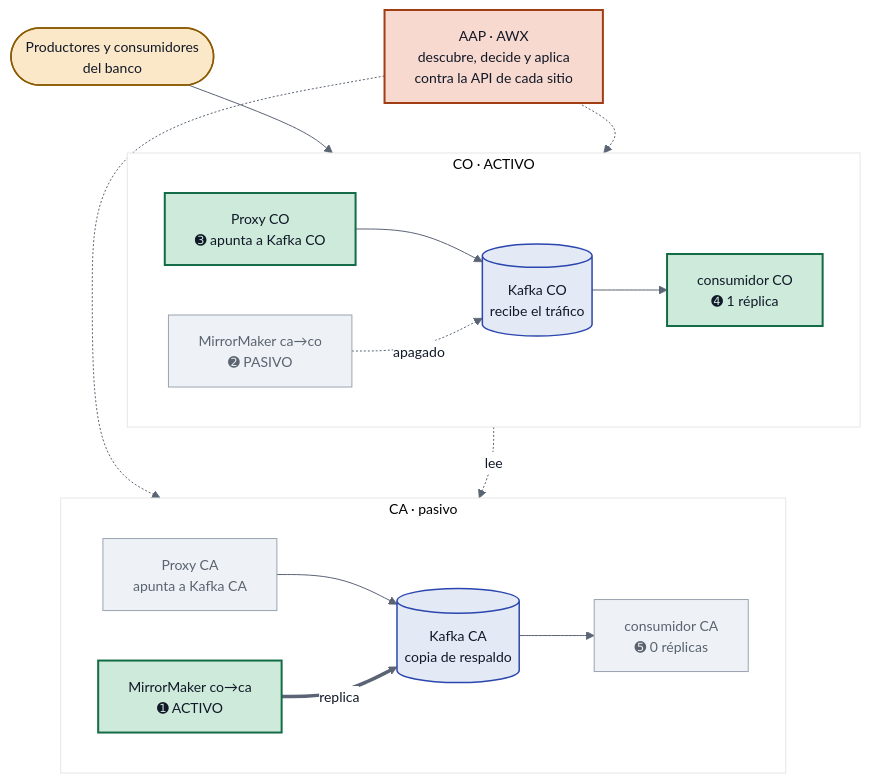
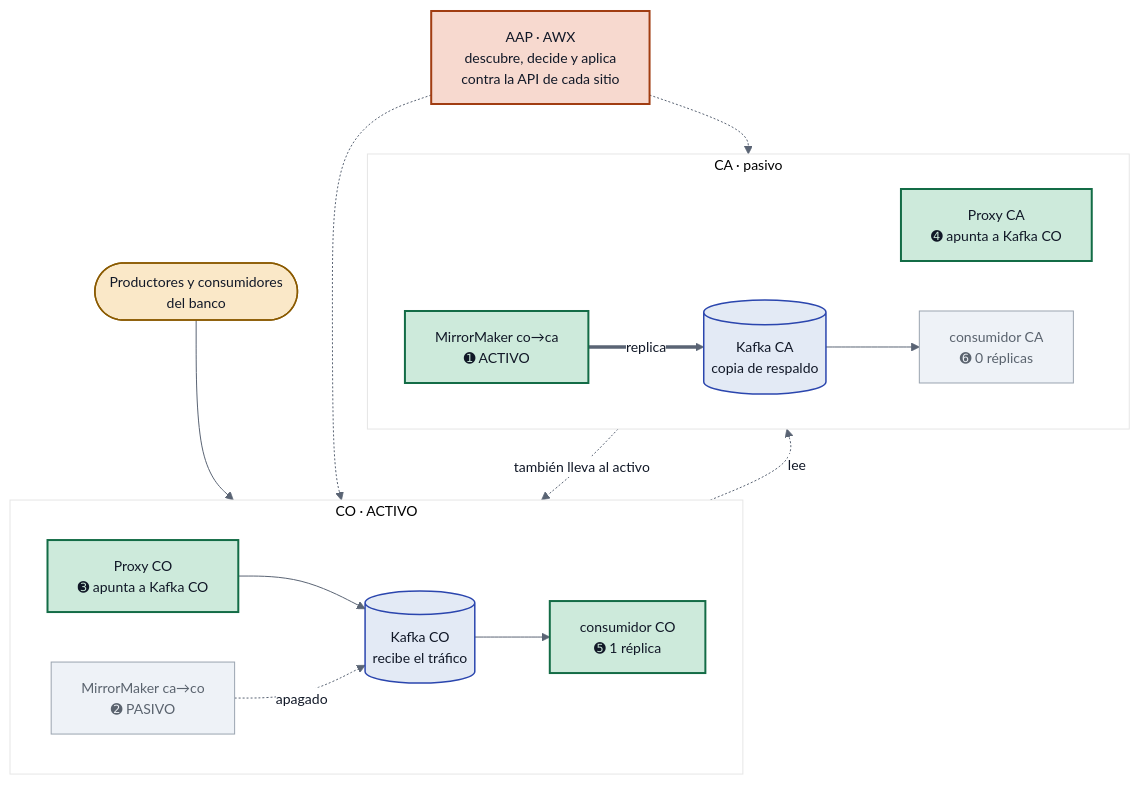
One commit to Crittan01/aap-kafka-automation changed the first of 3 diagrams in README.md. Above: the diagram before and after it, drawn with Mermaid. The commit also changed other lines of this file and 2 other files, not shown here.

````diff
--- a/README.md
+++ b/README.md
@@ -23,46 +27,46 @@
 ```mermaid
 %%{init: {'theme':'base','themeVariables':{'primaryColor':'#eef2f7','primaryTextColor':'#111827','primaryBorderColor':'#5a6474','lineColor':'#5a6474','secondaryColor':'#e3eaf5','tertiaryColor':'#ffffff','background':'#ffffff','mainBkg':'#eef2f7','textColor':'#111827','edgeLabelBackground':'#ffffff','labelBackground':'#ffffff','labelBoxBkgColor':'#ffffff','labelTextColor':'#111827','fontSize':'14px'}}}%%
 flowchart TB
     CLI([Productores y consumidores<br/>del banco])
 
     subgraph CO["CO · ACTIVO"]
         direction LR
         PCO["Proxy CO<br/>➌ apunta a Kafka CO"]
         KCO[("Kafka CO<br/>recibe el tráfico")]
-        ACO["consumidor CO<br/>➍ 1 réplica"]
+        ACO["consumidor CO<br/>➎ 1 réplica"]
         MMA["MirrorMaker ca→co<br/>➋ PASIVO"]
         PCO --> KCO
         KCO --> ACO
         MMA -. "apagado" .-> KCO
     end
 
     subgraph CA["CA · pasivo"]
         direction LR
-        PCA["Proxy CA<br/>apunta a Kafka CA"]
+        PCA["Proxy CA<br/>➍ apunta a Kafka CO"]
         KCA[("Kafka CA<br/>copia de respaldo")]
-        ACA["consumidor CA<br/>➎ 0 réplicas"]
+        ACA["consumidor CA<br/>➏ 0 réplicas"]
         MMB["MirrorMaker co→ca<br/>➊ ACTIVO"]
-        PCA --> KCA
         KCA --> ACA
         MMB == "replica" ==> KCA
     end
 
     AAP["AAP · AWX<br/>descubre, decide y aplica<br/>contra la API de cada sitio"]
 
     CLI --> PCO
+    PCA -. "también lleva al activo" .-> KCO
     KCO -. "lee" .-> MMB
     AAP -.-> CO
     AAP -.-> CA
 
     classDef activo   fill:#cdeadb,stroke:#136c46,color:#111827,stroke-width:2px
     classDef pasivo   fill:#eef2f7,stroke:#9aa4b0,color:#5a636e,stroke-width:1px
     classDef kafka    fill:#e3eaf5,stroke:#2b46ae,color:#111827,stroke-width:1.5px
     classDef externo  fill:#fae8c8,stroke:#8a5a00,color:#111827,stroke-width:1.5px
     classDef orquesta fill:#f7d9cf,stroke:#a13d12,color:#111827,stroke-width:2px
 
-    class PCO,KCO,ACO,MMB activo
-    class PCA,ACA,MMA pasivo
+    class PCO,PCA,KCO,ACO,MMB activo
+    class ACA,MMA pasivo
     class KCO,KCA kafka
     class CLI externo
     class AAP orquesta
 ```
````
